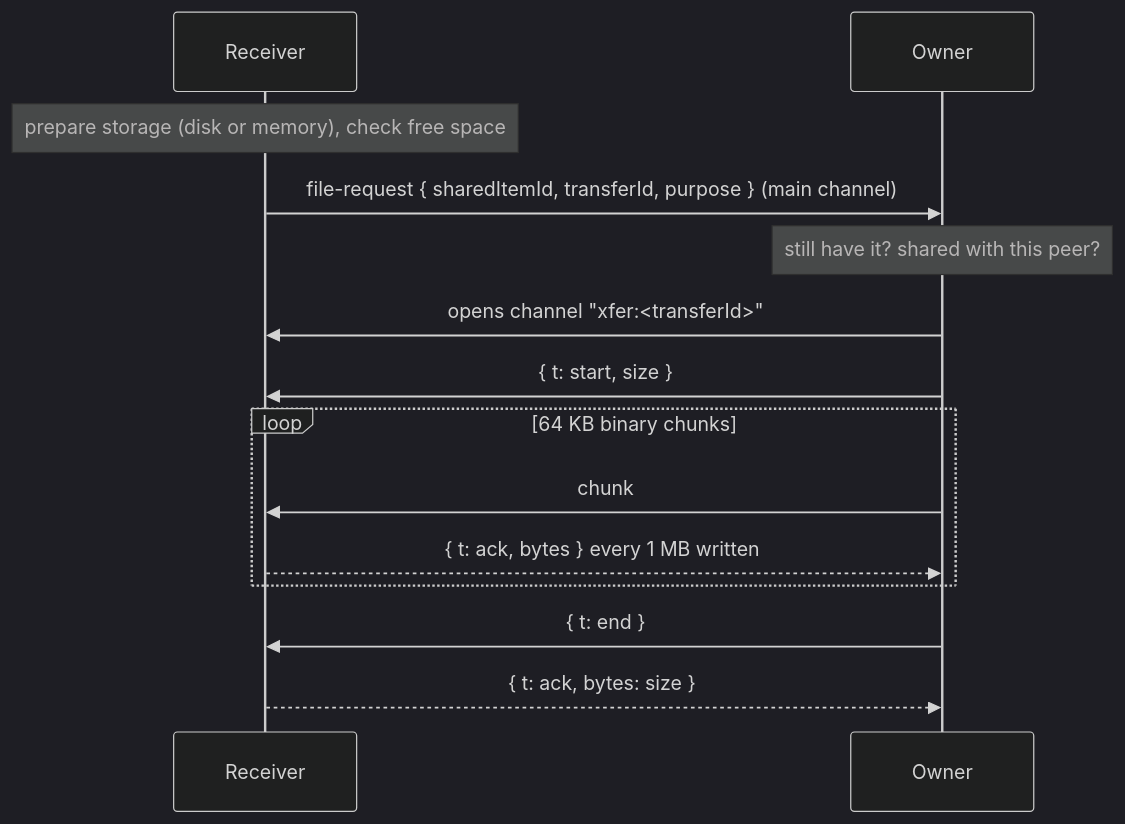
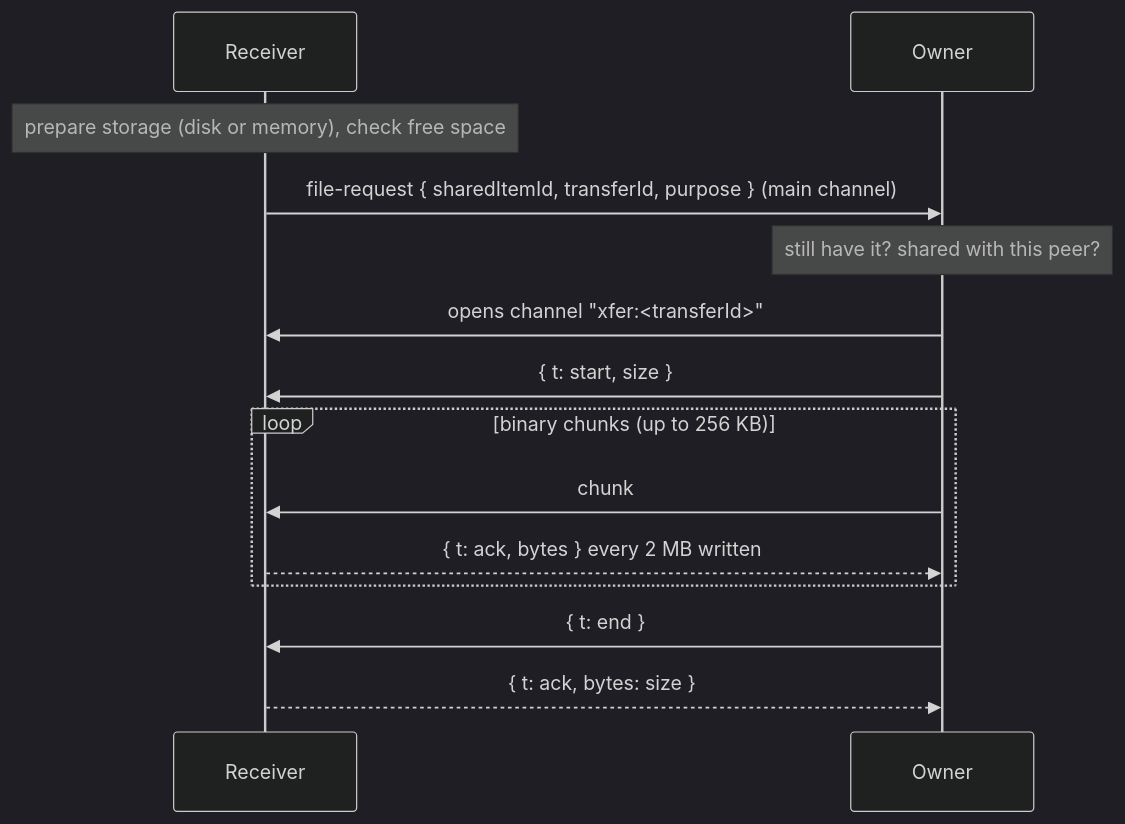
One commit to kushal1o1/ZeroRelay changed the sixth of 6 diagrams in ARCHITECTURE.md. Above: the diagram before and after it, drawn with Mermaid (dark theme). The commit also changed other lines of this file and 1 other file, not shown here.

````diff
--- a/ARCHITECTURE.md
+++ b/ARCHITECTURE.md
@@ -238,17 +238,17 @@
 ```mermaid
 sequenceDiagram
   participant R as Receiver
   participant O as Owner
 
   Note over R: prepare storage (disk or memory), check free space
   R->>O: file-request { sharedItemId, transferId, purpose } (main channel)
   Note over O: still have it? shared with this peer?
   O->>R: opens channel "xfer:<transferId>"
   O->>R: { t: start, size }
-  loop 64 KB binary chunks
+  loop binary chunks (up to 256 KB)
     O->>R: chunk
-    R-->>O: { t: ack, bytes } every 1 MB written
+    R-->>O: { t: ack, bytes } every 2 MB written
   end
   O->>R: { t: end }
   R-->>O: { t: ack, bytes: size }
 ```
````
